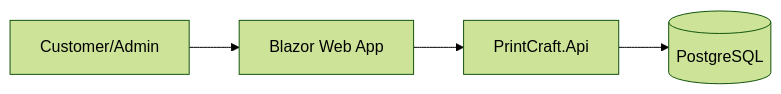
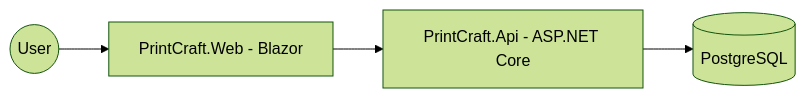
The diagram in projects/printcraft/docs/architecture.md (meghana-m-revankar/ai-builder), drawn with Mermaid (forest theme) before and after one commit. The commit also changed other lines of this file and 38 other files, not shown here.

Commit message:
AI build: PrintCraft

````diff
--- a/projects/printcraft/docs/architecture.md
+++ b/projects/printcraft/docs/architecture.md
@@ -7,6 +7,6 @@
 ```mermaid
 flowchart LR
-    User[Customer/Admin] --> Web[Blazor Web App]
-    Web --> Api[PrintCraft.Api]
-    Api --> DB[(PostgreSQL)]
+    User((User)) --> Web[PrintCraft.Web - Blazor]
+    Web --> API[PrintCraft.Api - ASP.NET Core]
+    API --> DB[(PostgreSQL)]
 ```
````
